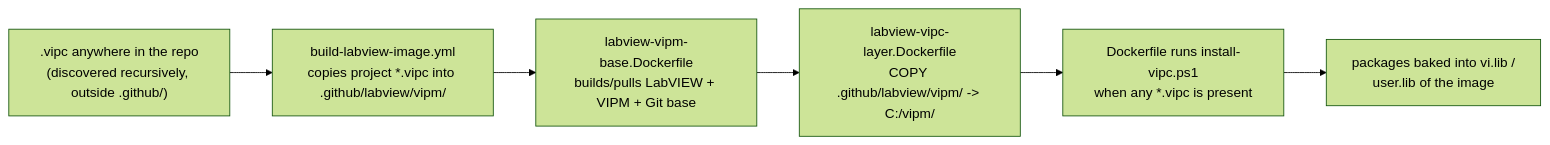
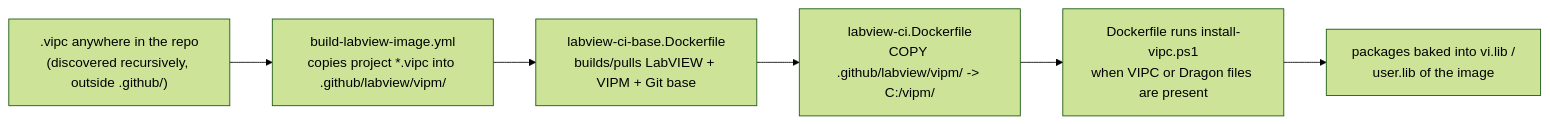
The diagram in .github/labview/vipm/README.md (ni/LabVIEW-CI-CD-Toolkit), drawn with Mermaid (forest theme) before and after one commit. The commit also changed other lines of this file and 14 other files, not shown here.

First line of the commit message:
vipm: require verified Dragon dependencies in Windows workers

````diff
--- a/.github/labview/vipm/README.md
+++ b/.github/labview/vipm/README.md
@@ -31,8 +33,8 @@
 ```mermaid
 flowchart LR
   A[".vipc anywhere in the repo<br/>(discovered recursively, outside .github/)"] --> B["build-labview-image.yml<br/>copies project *.vipc into .github/labview/vipm/"]
-  B --> C["labview-vipm-base.Dockerfile<br/>builds/pulls LabVIEW + VIPM + Git base"]
-  C --> D["labview-vipc-layer.Dockerfile<br/>COPY .github/labview/vipm/ -> C:/vipm/"]
-  D --> E["Dockerfile runs install-vipc.ps1<br/>when any *.vipc is present"]
+  B --> C["labview-ci-base.Dockerfile<br/>builds/pulls LabVIEW + VIPM + Git base"]
+  C --> D["labview-ci.Dockerfile<br/>COPY .github/labview/vipm/ -> C:/vipm/"]
+  D --> E["Dockerfile runs install-vipc.ps1<br/>when VIPC or Dragon files are present"]
   E --> F["packages baked into vi.lib /<br/>user.lib of the image"]
 ```
````
